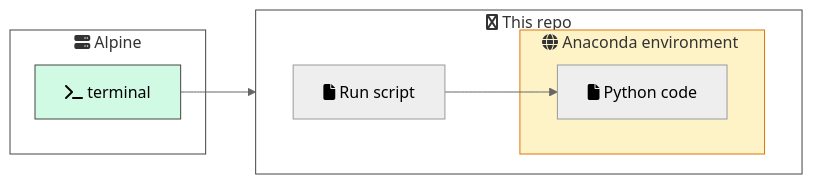
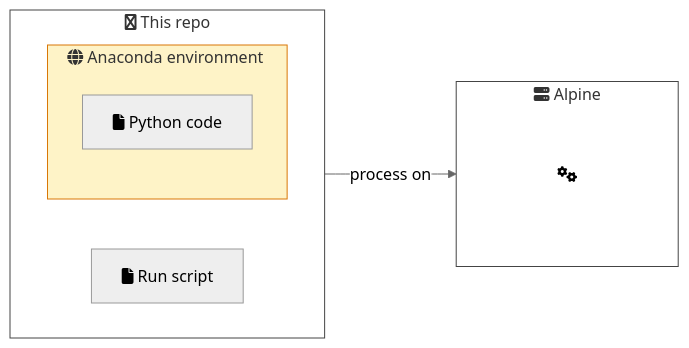
Before and after one commit to CU-DBMI/example-hpc-alpine-python: the first of 7 diagrams in README.md, drawn with Mermaid (neutral theme). The commit also changed other lines of this file, not shown here.

Commit message:
add data transfer + prepare data on alpine content

````diff
--- a/README.md
+++ b/README.md
@@ -3,21 +3,27 @@
 ```mermaid
 flowchart LR
     subgraph repo["fa:fa-github This repo"]
         direction LR
+        run_script["fa:fa-file Run script"]
         subgraph conda_env["&nbsp;fa:fa-globe Anaconda environment &nbsp;"]
             python_code["fa:fa-file Python code"]
         end
-        run_script["fa:fa-file Run script"]
+        
     end
     subgraph alpine["fa:fa-server Alpine"]
-        alpine_terminal["fa:fa-terminal terminal"]
+        subgraph spacer1[" "]
+            subgraph spacer2["fa:fa-gears"]
+                
+            end
+        end
     end
 
-    alpine_terminal --> run_script
-    run_script --> python_code
+    repo --> | process on | alpine
+
 
 style conda_env fill:#FEF3C7,stroke:#D97706;
 style repo fill:#ffffff,stroke:#444444;
 style alpine fill:#ffffff,stroke:#444444;
-style alpine_terminal fill:#D1FAE5,stroke:#444444;
+style spacer1 fill:#ffffff,stroke:#ffffff;
+style spacer2 fill:#ffffff,stroke:#ffffff;
 ```
````
